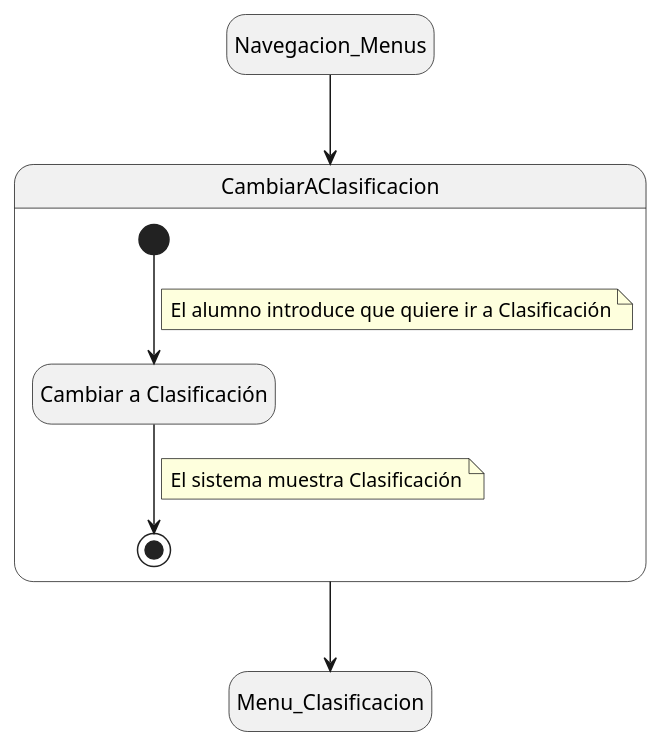
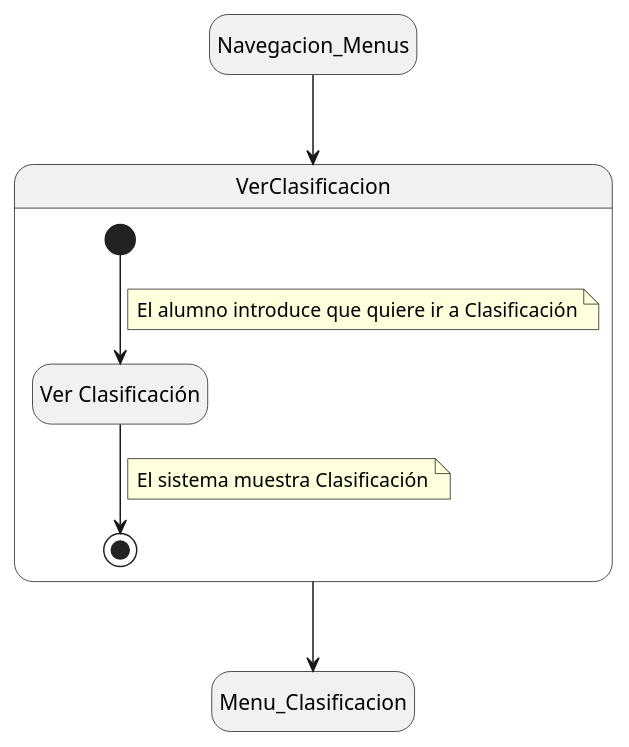
One commit to mmasias/24-25-IdSw1-SDR changed the diagram in Documentos/DetallarCasosDeUso/Alumno/MenuClasificacion.puml. Above: the diagram before and after it, drawn with PlantUML.

```diff
--- a/Documentos/DetallarCasosDeUso/Alumno/MenuClasificacion.puml
+++ b/Documentos/DetallarCasosDeUso/Alumno/MenuClasificacion.puml
@@ -1,22 +1,22 @@
 @startuml
 
 hide empty description
 
 state Navegacion_Menus
 state Menu_Clasificacion
-state CambiarAClasificacion{
-    state Cambiar as "Cambiar a Clasificación"
-    [*] --> Cambiar
+state VerClasificacion{
+    state Ver as "Ver Clasificación"
+    [*] --> Ver
     note on link
         El alumno introduce que quiere ir a Clasificación
     end note
-    Cambiar --> [*]
+    Ver --> [*]
     note on link
         El sistema muestra Clasificación
     end note
 }
 
-Navegacion_Menus --> CambiarAClasificacion
-CambiarAClasificacion --> Menu_Clasificacion
+Navegacion_Menus --> VerClasificacion
+VerClasificacion --> Menu_Clasificacion
 
 @enduml
```
